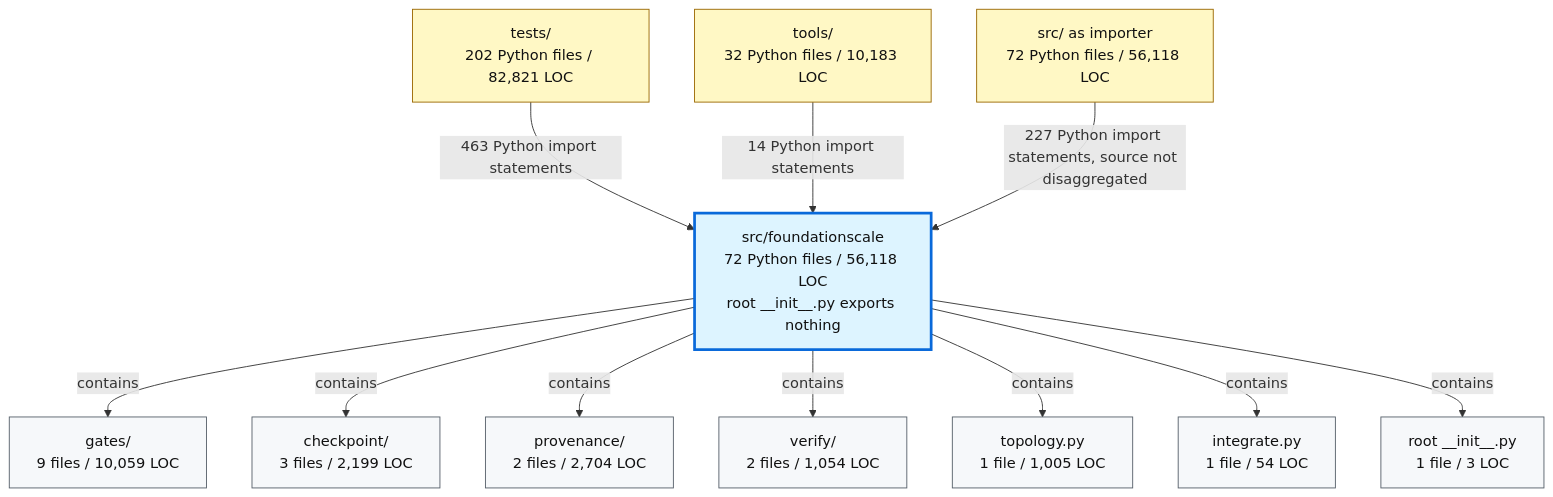
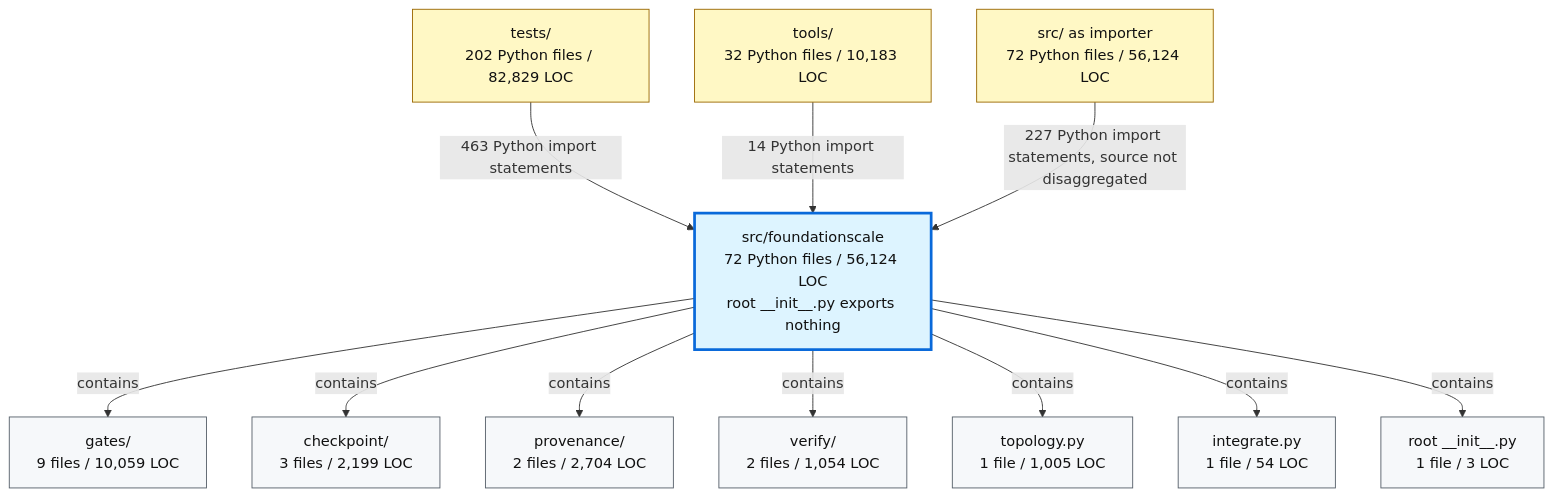
One commit to TranNhiem/FoundationScale changed the second of 2 diagrams in docs/review/D2_current_architecture.md. Above: the diagram before and after it, drawn with Mermaid. The commit also changed other lines of this file and 12 other files, not shown here.

````diff
--- a/docs/review/D2_current_architecture.md
+++ b/docs/review/D2_current_architecture.md
@@ -97,36 +97,36 @@
 ```mermaid
 flowchart TB
-  TESTS["tests/<br/>202 Python files / 82,821 LOC"]
+  TESTS["tests/<br/>202 Python files / 82,829 LOC"]
   TOOLS["tools/<br/>32 Python files / 10,183 LOC"]
-  SRC["src/ as importer<br/>72 Python files / 56,118 LOC"]
+  SRC["src/ as importer<br/>72 Python files / 56,124 LOC"]
 
-  FS["src/foundationscale<br/>72 Python files / 56,118 LOC<br/>root __init__.py exports nothing"]
+  FS["src/foundationscale<br/>72 Python files / 56,124 LOC<br/>root __init__.py exports nothing"]
 
   GATES["gates/<br/>9 files / 10,059 LOC"]
   CKPT["checkpoint/<br/>3 files / 2,199 LOC"]
   PROV["provenance/<br/>2 files / 2,704 LOC"]
   VERIFY["verify/<br/>2 files / 1,054 LOC"]
   TOPO["topology.py<br/>1 file / 1,005 LOC"]
   INTEG["integrate.py<br/>1 file / 54 LOC"]
   ROOT["root __init__.py<br/>1 file / 3 LOC"]
 
   TESTS -->|"463 Python import statements"| FS
   TOOLS -->|"14 Python import statements"| FS
   SRC -->|"227 Python import statements, source not disaggregated"| FS
 
   FS -->|"contains"| GATES
   FS -->|"contains"| CKPT
   FS -->|"contains"| PROV
   FS -->|"contains"| VERIFY
   FS -->|"contains"| TOPO
   FS -->|"contains"| INTEG
   FS -->|"contains"| ROOT
 
   classDef consumer fill:#fff8c5,stroke:#9a6700,color:#111;
   classDef package fill:#ddf4ff,stroke:#0969da,stroke-width:3px,color:#111;
   classDef module fill:#f6f8fa,stroke:#57606a,color:#111;
 
   class TESTS,TOOLS,SRC consumer;
   class FS package;
   class GATES,CKPT,PROV,VERIFY,TOPO,INTEG,ROOT module;
 ```
````
